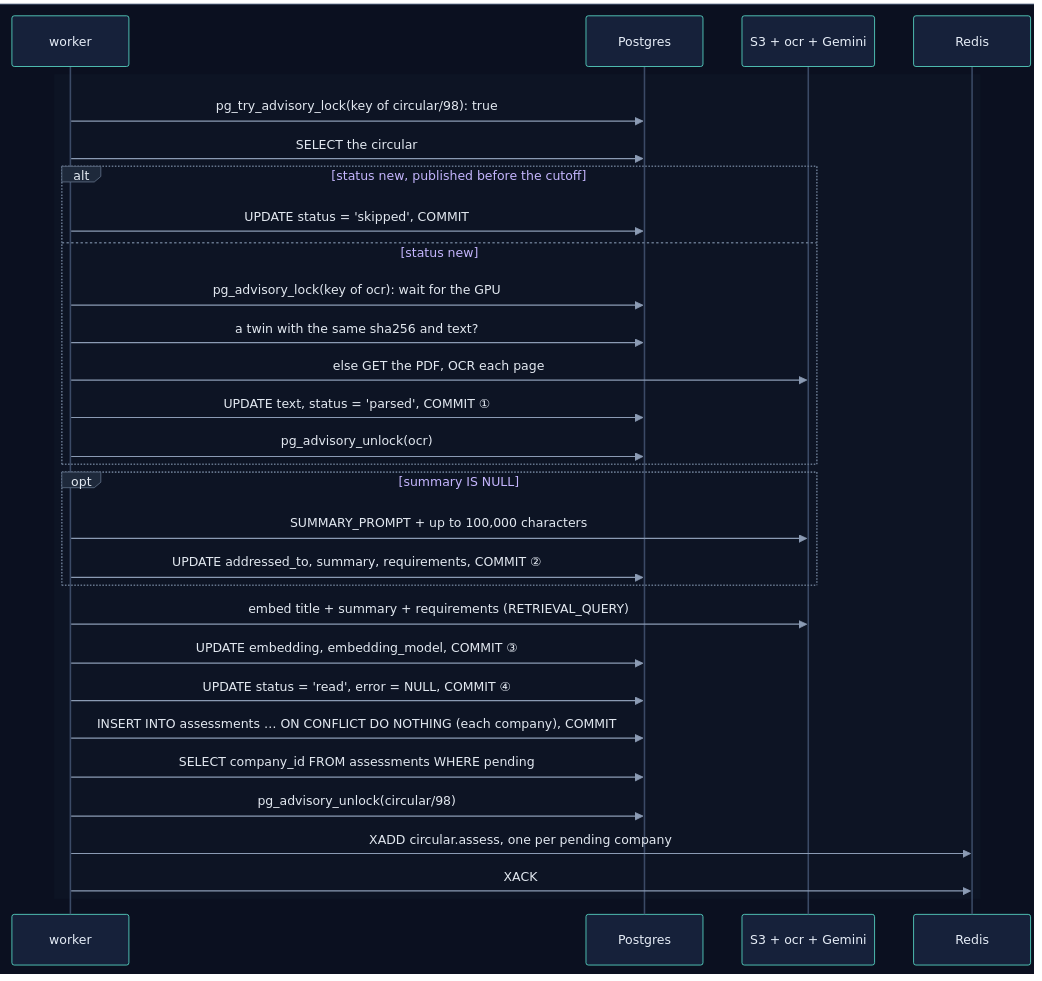
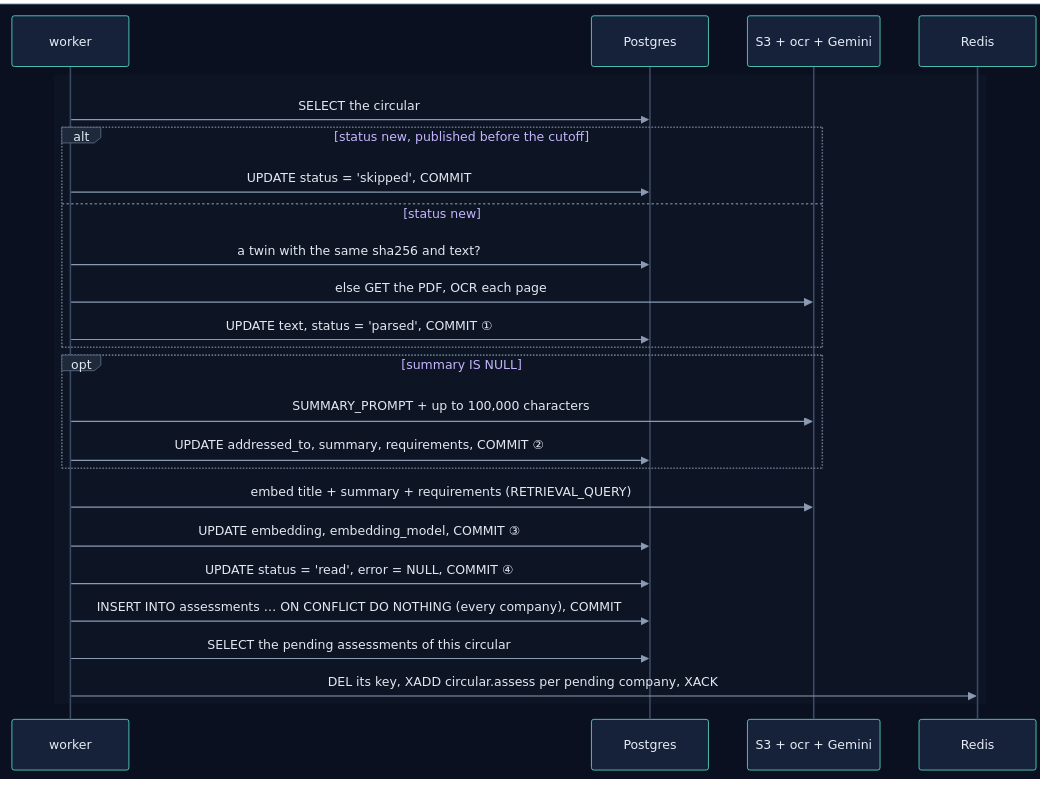
One commit to selvakumarperumal/Regulatory_Circular_Impact_Agent changed the tenth of 19 diagrams in backend/worker/INTERNALS.md. Above: the diagram before and after it, drawn with Mermaid. The commit also changed other lines of this file and 7 other files, not shown here.

````diff
--- a/backend/worker/INTERNALS.md
+++ b/backend/worker/INTERNALS.md
@@ -534,36 +514,31 @@
 ```mermaid
 %%{init: {"theme": "base", "sequence": {"diagramMarginX": 0, "diagramMarginY": 0}, "themeVariables": {"darkMode": true, "primaryColor": "#16213a", "primaryTextColor": "#e6edf7", "primaryBorderColor": "#475a7a", "lineColor": "#8b9bb4", "secondaryColor": "#1b2436", "tertiaryColor": "#101a2e", "edgeLabelBackground": "#0f172a", "textColor": "#e2e8f0", "actorBkg": "#16213a", "actorBorder": "#5eead4", "actorTextColor": "#e6edf7", "actorLineColor": "#3b4a66", "signalColor": "#8b9bb4", "signalTextColor": "#e2e8f0", "noteBkgColor": "#2a2410", "noteBorderColor": "#fbbf24", "noteTextColor": "#fde68a", "labelBoxBkgColor": "#1e293b", "labelBoxBorderColor": "#64748b", "labelTextColor": "#e2e8f0", "loopTextColor": "#c4b5fd", "sequenceNumberColor": "#0b1020", "activationBkgColor": "#1e293b"}}}%%
 sequenceDiagram
     box rgb(11, 16, 32)
         participant K as worker
         participant PG as Postgres
         participant X as S3 + ocr + Gemini
         participant R as Redis
     end
 
     rect rgb(13, 20, 36)
-        K->>PG: pg_try_advisory_lock(key of circular/98): true
         K->>PG: SELECT the circular
         alt status new, published before the cutoff
             K->>PG: UPDATE status = 'skipped', COMMIT
         else status new
-            K->>PG: pg_advisory_lock(key of ocr): wait for the GPU
             K->>PG: a twin with the same sha256 and text?
             K->>X: else GET the PDF, OCR each page
             K->>PG: UPDATE text, status = 'parsed', COMMIT ①
-            K->>PG: pg_advisory_unlock(ocr)
         end
         opt summary IS NULL
             K->>X: SUMMARY_PROMPT + up to 100,000 characters
             K->>PG: UPDATE addressed_to, summary, requirements, COMMIT ②
         end
         K->>X: embed title + summary + requirements (RETRIEVAL_QUERY)
         K->>PG: UPDATE embedding, embedding_model, COMMIT ③
         K->>PG: UPDATE status = 'read', error = NULL, COMMIT ④
-        K->>PG: INSERT INTO assessments … ON CONFLICT DO NOTHING (each company), COMMIT
-        K->>PG: SELECT company_id FROM assessments WHERE pending
-        K->>PG: pg_advisory_unlock(circular/98)
-        K->>R: XADD circular.assess, one per pending company
-        K->>R: XACK
+        K->>PG: INSERT INTO assessments … ON CONFLICT DO NOTHING (every company), COMMIT
+        K->>PG: SELECT the pending assessments of this circular
+        K->>R: DEL its key, XADD circular.assess per pending company, XACK
     end
 ```
````
